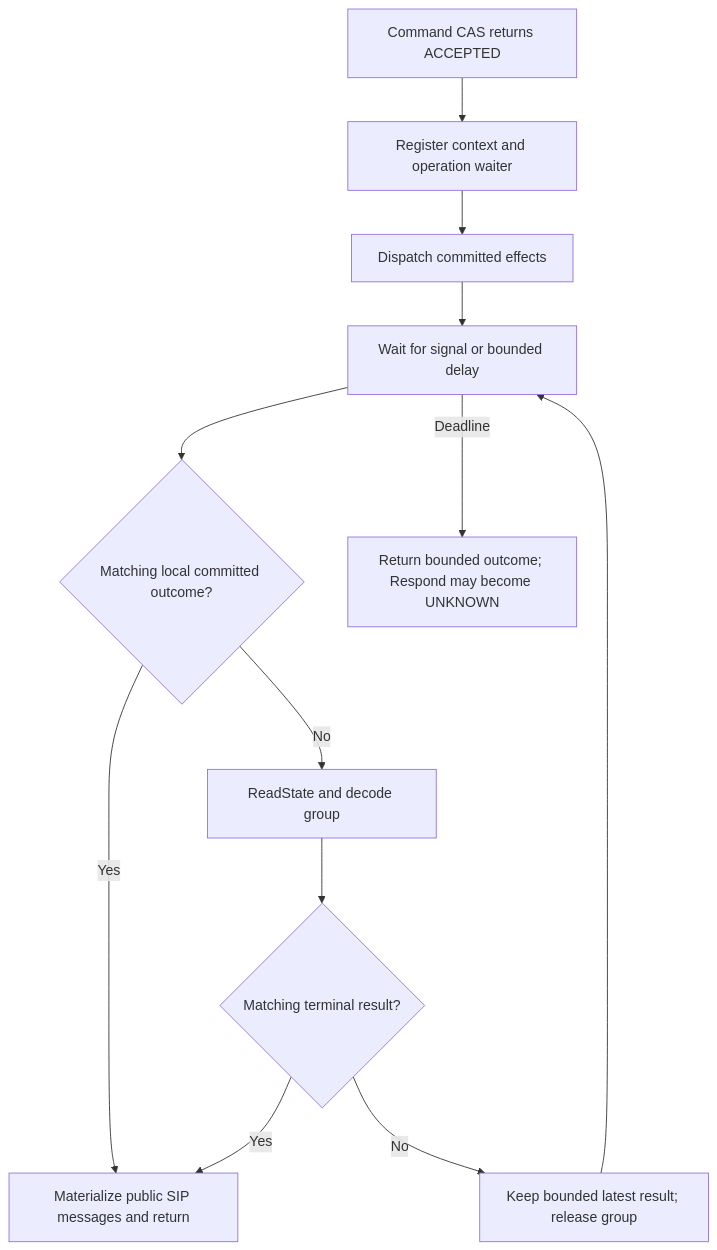
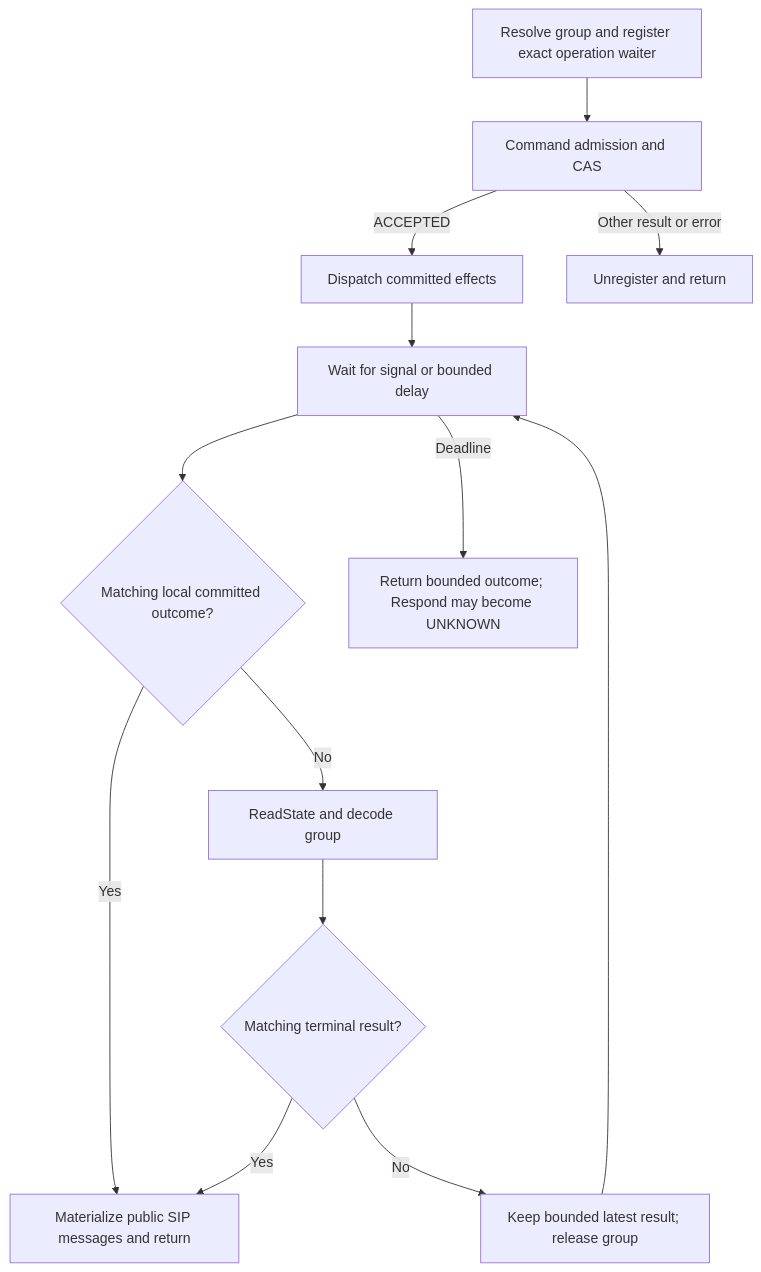
One commit to zyno-io/sipbridge changed the sixth of 6 diagrams in docs/operations/execution.md. Above: the diagram before and after it, drawn with Mermaid. The commit also changed other lines of this file and 13 other files, not shown here.

````diff
--- a/docs/operations/execution.md
+++ b/docs/operations/execution.md
@@ -413,14 +413,15 @@
 ```mermaid
 flowchart TD
-  A[Command CAS returns ACCEPTED] --> B[Register context and operation waiter]
-  B --> C[Dispatch committed effects]
+  A[Resolve group and register exact operation waiter] --> B[Command admission and CAS]
+  B -->|ACCEPTED| C[Dispatch committed effects]
+  B -->|Other result or error| K[Unregister and return]
   C --> D[Wait for signal or bounded delay]
   D --> E{Matching local committed outcome?}
   E -->|Yes| F[Materialize public SIP messages and return]
   E -->|No| G[ReadState and decode group]
   G --> H{Matching terminal result?}
   H -->|Yes| F
   H -->|No| I[Keep bounded latest result; release group]
   I --> D
   D -->|Deadline| J[Return bounded outcome; Respond may become UNKNOWN]
 ```
````
